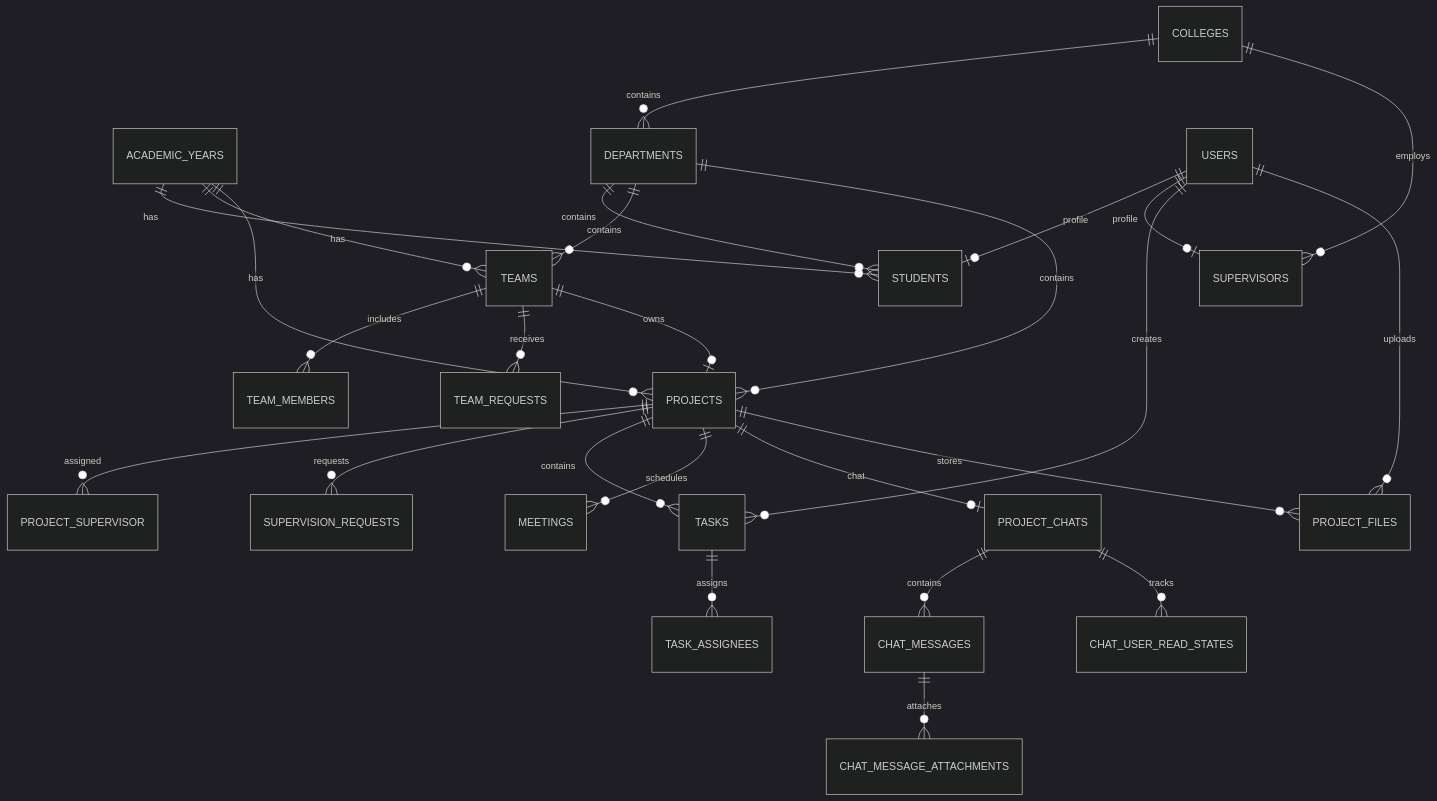
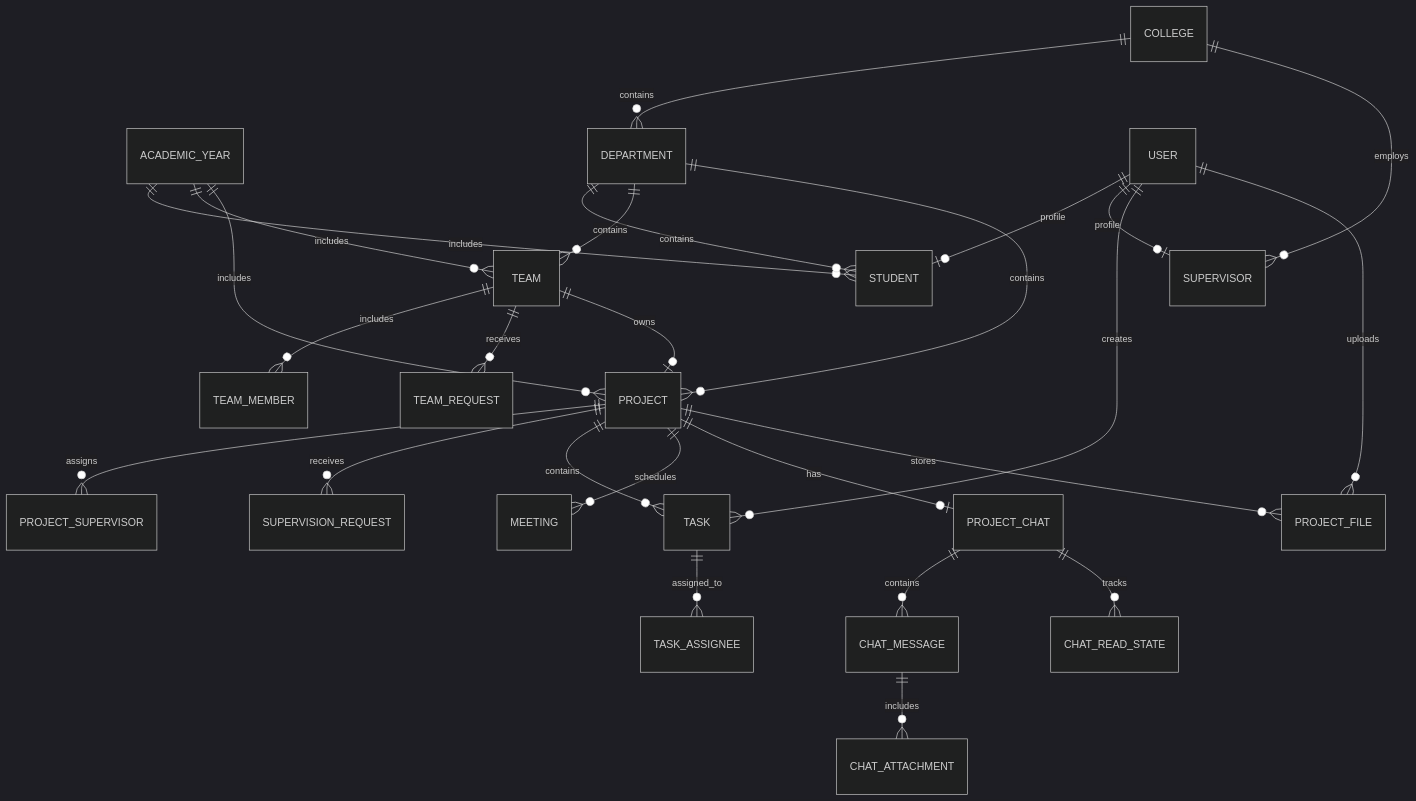
The second of 2 diagrams in README.md (mubarak-saeed/gpms-admin-panel), drawn with Mermaid (dark theme) before and after one commit. The commit also changed other lines of this file, not shown here.

Commit message:
docs: improve README and Mermaid diagrams

````diff
--- a/README.md
+++ b/README.md
@@ -94,28 +112,28 @@
 ```mermaid
 erDiagram
-    ACADEMIC_YEARS ||--o{ STUDENTS : has
-    ACADEMIC_YEARS ||--o{ TEAMS : has
-    ACADEMIC_YEARS ||--o{ PROJECTS : has
-    COLLEGES ||--o{ DEPARTMENTS : contains
-    COLLEGES ||--o{ SUPERVISORS : employs
-    DEPARTMENTS ||--o{ STUDENTS : contains
-    DEPARTMENTS ||--o{ TEAMS : contains
-    DEPARTMENTS ||--o{ PROJECTS : contains
-    USERS ||--o| STUDENTS : profile
-    USERS ||--o| SUPERVISORS : profile
-    USERS ||--o{ TASKS : creates
-    USERS ||--o{ PROJECT_FILES : uploads
-    TEAMS ||--o{ TEAM_MEMBERS : includes
-    TEAMS ||--o{ TEAM_REQUESTS : receives
-    TEAMS ||--o| PROJECTS : owns
-    PROJECTS ||--o{ PROJECT_SUPERVISOR : assigned
-    PROJECTS ||--o{ SUPERVISION_REQUESTS : requests
-    PROJECTS ||--o{ TASKS : contains
-    PROJECTS ||--o{ MEETINGS : schedules
-    PROJECTS ||--o| PROJECT_CHATS : chat
-    PROJECTS ||--o{ PROJECT_FILES : stores
-    TASKS ||--o{ TASK_ASSIGNEES : assigns
-    PROJECT_CHATS ||--o{ CHAT_MESSAGES : contains
-    CHAT_MESSAGES ||--o{ CHAT_MESSAGE_ATTACHMENTS : attaches
-    PROJECT_CHATS ||--o{ CHAT_USER_READ_STATES : tracks
+    ACADEMIC_YEAR ||--o{ STUDENT : includes
+    ACADEMIC_YEAR ||--o{ TEAM : includes
+    ACADEMIC_YEAR ||--o{ PROJECT : includes
+    COLLEGE ||--o{ DEPARTMENT : contains
+    COLLEGE ||--o{ SUPERVISOR : employs
+    DEPARTMENT ||--o{ STUDENT : contains
+    DEPARTMENT ||--o{ TEAM : contains
+    DEPARTMENT ||--o{ PROJECT : contains
+    USER ||--o| STUDENT : profile
+    USER ||--o| SUPERVISOR : profile
+    USER ||--o{ TASK : creates
+    USER ||--o{ PROJECT_FILE : uploads
+    TEAM ||--o{ TEAM_MEMBER : includes
+    TEAM ||--o{ TEAM_REQUEST : receives
+    TEAM ||--o| PROJECT : owns
+    PROJECT ||--o{ PROJECT_SUPERVISOR : assigns
+    PROJECT ||--o{ SUPERVISION_REQUEST : receives
+    PROJECT ||--o{ TASK : contains
+    PROJECT ||--o{ MEETING : schedules
+    PROJECT ||--o| PROJECT_CHAT : has
+    PROJECT ||--o{ PROJECT_FILE : stores
+    TASK ||--o{ TASK_ASSIGNEE : assigned_to
+    PROJECT_CHAT ||--o{ CHAT_MESSAGE : contains
+    CHAT_MESSAGE ||--o{ CHAT_ATTACHMENT : includes
+    PROJECT_CHAT ||--o{ CHAT_READ_STATE : tracks
 ```
````
